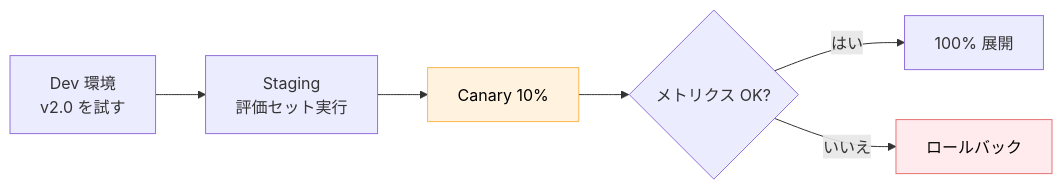
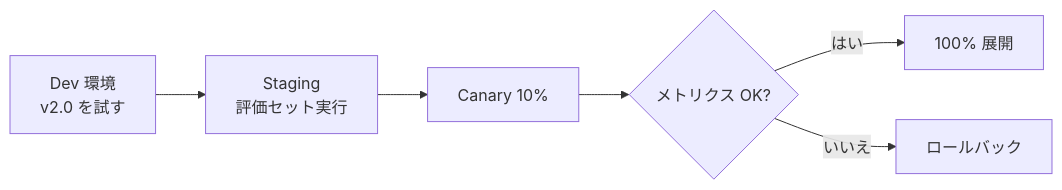
The second of 2 diagrams in docs/techniques/プロンプトのバージョン管理とデプロイ戦略.md (dinekt/dinekt-wiki), drawn with Mermaid before and after one commit. The commit also changed other lines of this file and 70 other files, not shown here.

First line of the commit message:
fix(mermaid): strip all inline styling, rely on theme

````diff
--- a/docs/techniques/プロンプトのバージョン管理とデプロイ戦略.md
+++ b/docs/techniques/プロンプトのバージョン管理とデプロイ戦略.md
@@ -85,11 +82,9 @@
 ```mermaid
 flowchart LR
     D[Dev 環境<br/>v2.0 を試す] --> ST[Staging<br/>評価セット実行]
     ST --> C[Canary 10%]
     C --> R{メトリクス OK?}
     R -->|はい| F[100% 展開]
     R -->|いいえ| RB[ロールバック]
 
-    style C fill:#fff3e0,stroke:#ffb74d,color:#000
-    style RB fill:#ffebee,stroke:#e57373,color:#000
 ```
````
